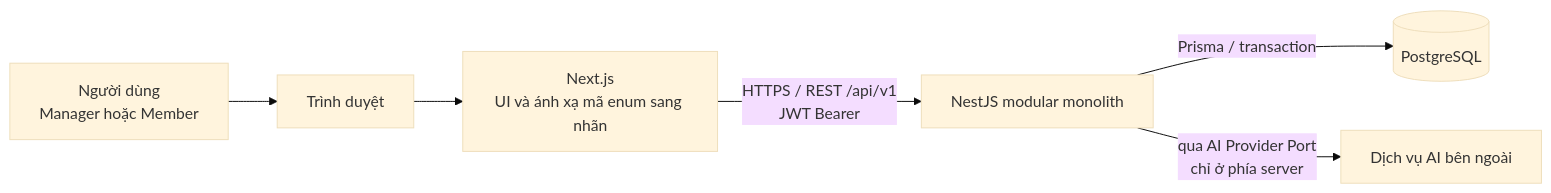
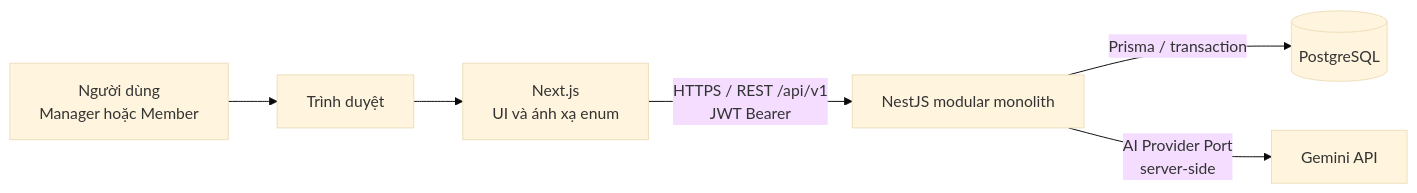
Before and after one commit to KhoiTran2905/CWRM-platform: the first of 4 diagrams in docs/architecture/CWRM-11_Architecture.md, drawn with Mermaid (base theme). The commit also changed other lines of this file and 3 other files, not shown here.

````diff
--- a/docs/architecture/CWRM-11_Architecture.md
+++ b/docs/architecture/CWRM-11_Architecture.md
@@ -9,8 +9,8 @@
 ```mermaid
 flowchart LR
     U["Người dùng<br/>Manager hoặc Member"] --> B["Trình duyệt"]
-    B --> NX["Next.js<br/>UI và ánh xạ mã enum sang nhãn"]
+    B --> NX["Next.js<br/>UI và ánh xạ enum"]
     NX -->|"HTTPS / REST /api/v1<br/>JWT Bearer"| API["NestJS modular monolith"]
     API -->|"Prisma / transaction"| DB[("PostgreSQL")]
-    API -->|"qua AI Provider Port<br/>chỉ ở phía server"| AIS["Dịch vụ AI bên ngoài"]
+    API -->|"AI Provider Port<br/>server-side"| AIS["Gemini API"]
 ```
````
